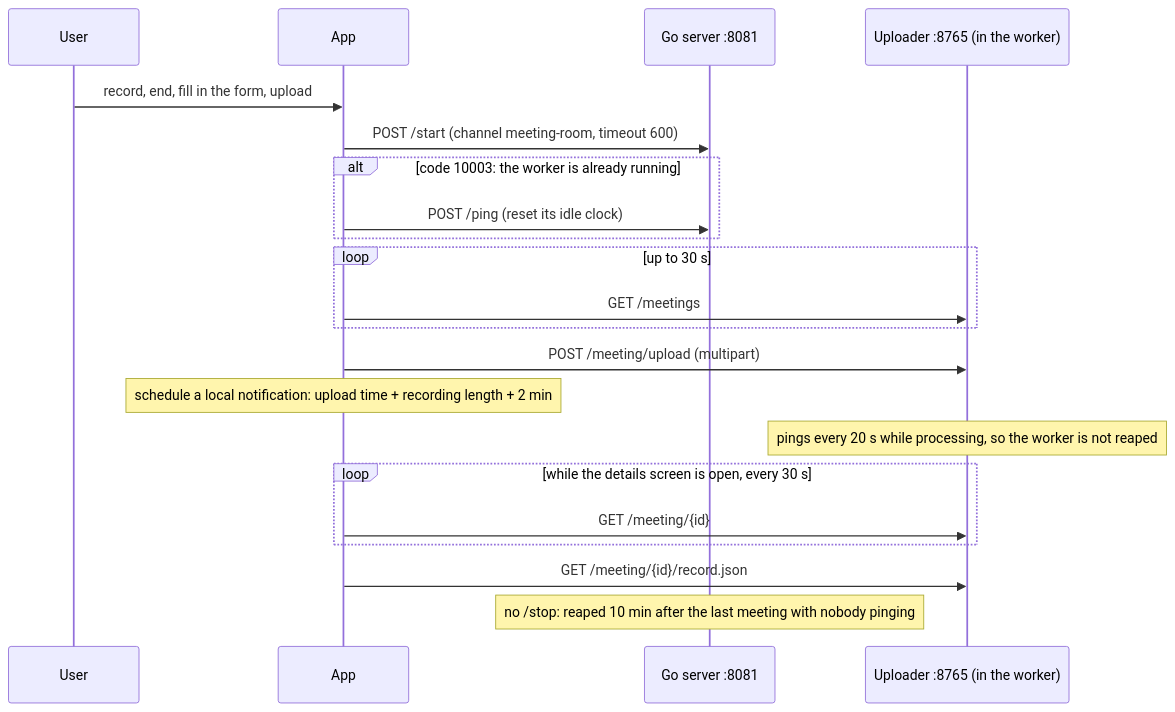
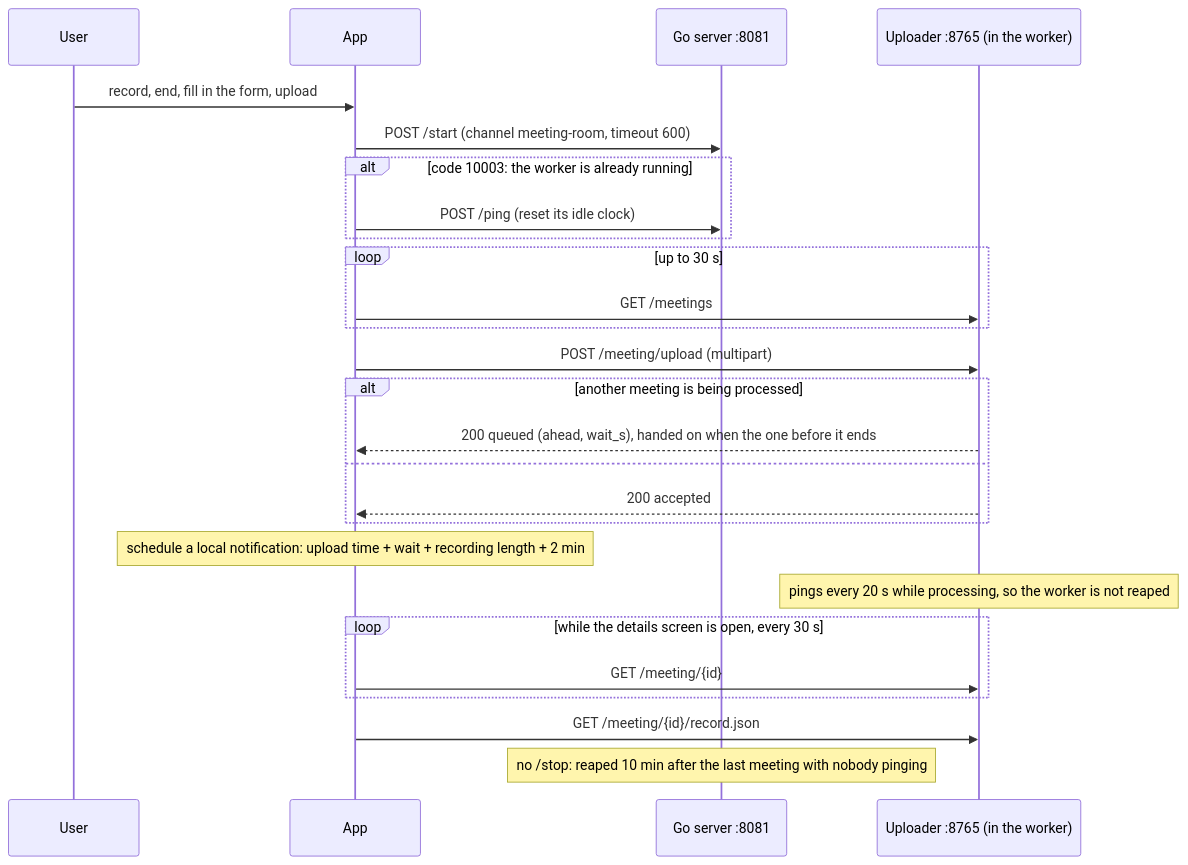
One commit to harold-2022-cloud/ten-framework-arm64 changed the first of 2 diagrams in ai_agents/meeting-app-android/DEVELOPMENT.md. Above: the diagram before and after it, drawn with Mermaid. The commit also changed other lines of this file and 10 other files, not shown here.

````diff
--- a/ai_agents/meeting-app-android/DEVELOPMENT.md
+++ b/ai_agents/meeting-app-android/DEVELOPMENT.md
@@ -65,23 +65,28 @@
 ```mermaid
 sequenceDiagram
     participant U as User
     participant A as App
     participant S as Go server :8081
     participant W as Uploader :8765 (in the worker)
     U->>A: record, end, fill in the form, upload
     A->>S: POST /start (channel meeting-room, timeout 600)
     alt code 10003: the worker is already running
         A->>S: POST /ping (reset its idle clock)
     end
     loop up to 30 s
         A->>W: GET /meetings
     end
     A->>W: POST /meeting/upload (multipart)
-    Note over A: schedule a local notification: upload time + recording length + 2 min
+    alt another meeting is being processed
+        W-->>A: 200 queued (ahead, wait_s), handed on when the one before it ends
+    else
+        W-->>A: 200 accepted
+    end
+    Note over A: schedule a local notification: upload time + wait + recording length + 2 min
     Note over W: pings every 20 s while processing, so the worker is not reaped
     loop while the details screen is open, every 30 s
         A->>W: GET /meeting/{id}
     end
     A->>W: GET /meeting/{id}/record.json
     Note over S: no /stop: reaped 10 min after the last meeting with nobody pinging
 ```
````
